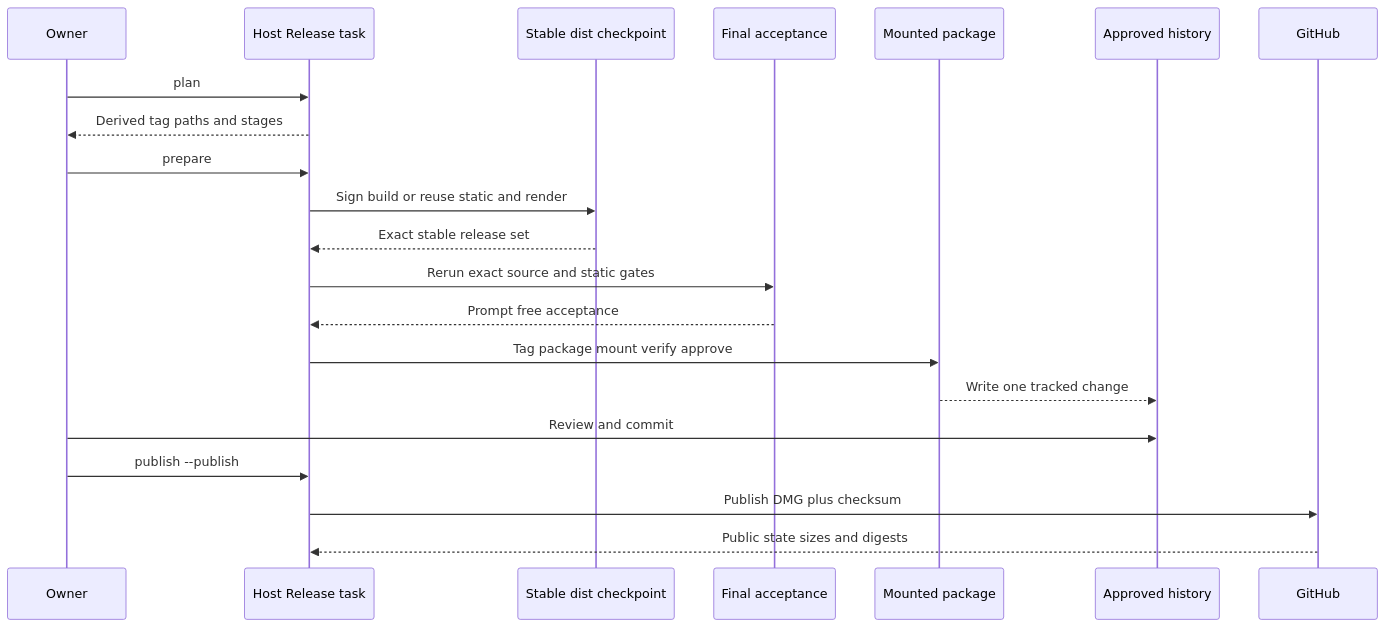
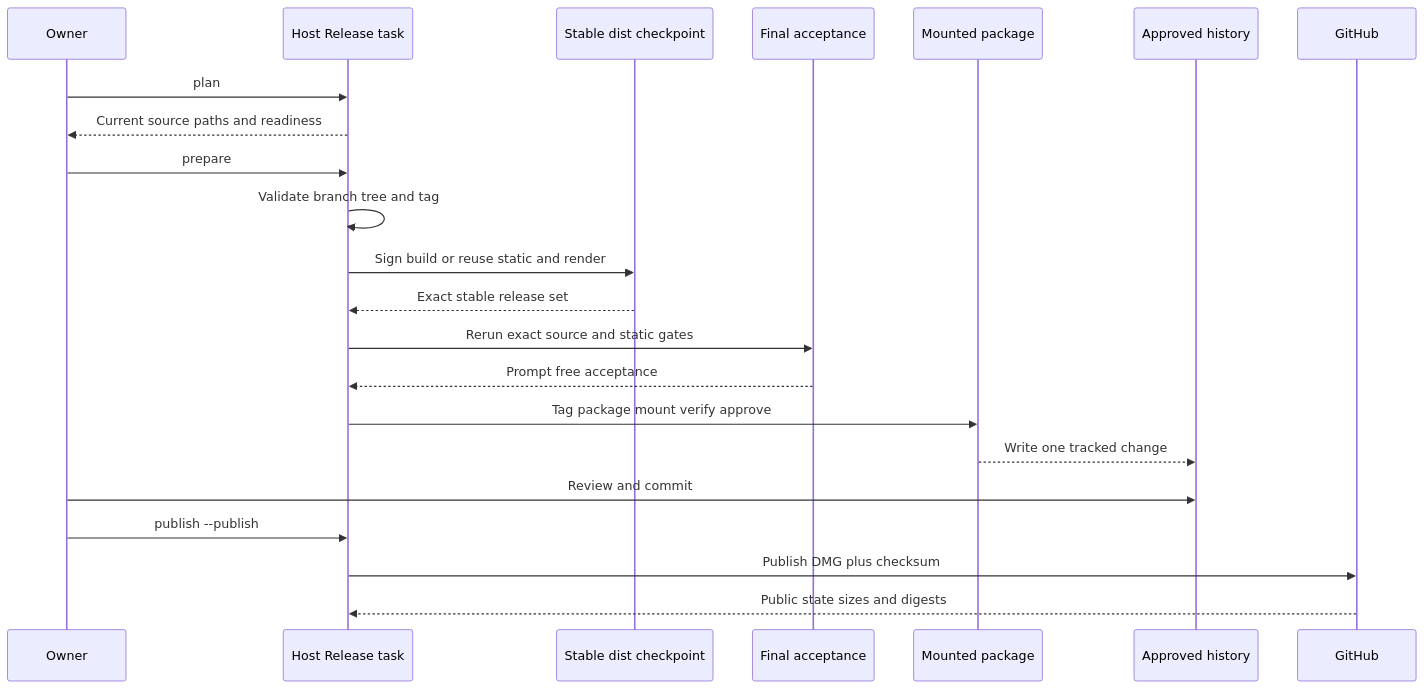
Before and after one commit to alexwck/dbcode-wrapper: the diagram in wiki/flows/package-and-publish-host-release.md, drawn with Mermaid. The commit also changed other lines of this file and 5 other files, not shown here.

````diff
--- a/wiki/flows/package-and-publish-host-release.md
+++ b/wiki/flows/package-and-publish-host-release.md
@@ -26,23 +26,24 @@
 ```mermaid
 sequenceDiagram
   participant Owner
   participant Task as Host Release task
   participant Build as Stable dist checkpoint
   participant Accept as Final acceptance
   participant Package as Mounted package
   participant History as Approved history
   participant GitHub
   Owner->>Task: plan
-  Task-->>Owner: Derived tag paths and stages
+  Task-->>Owner: Current source paths and readiness
   Owner->>Task: prepare
+  Task->>Task: Validate branch tree and tag
   Task->>Build: Sign build or reuse static and render
   Build-->>Task: Exact stable release set
   Task->>Accept: Rerun exact source and static gates
   Accept-->>Task: Prompt free acceptance
   Task->>Package: Tag package mount verify approve
   Package-->>History: Write one tracked change
   Owner->>History: Review and commit
   Owner->>Task: publish --publish
   Task->>GitHub: Publish DMG plus checksum
   GitHub-->>Task: Public state sizes and digests
 ```
````
